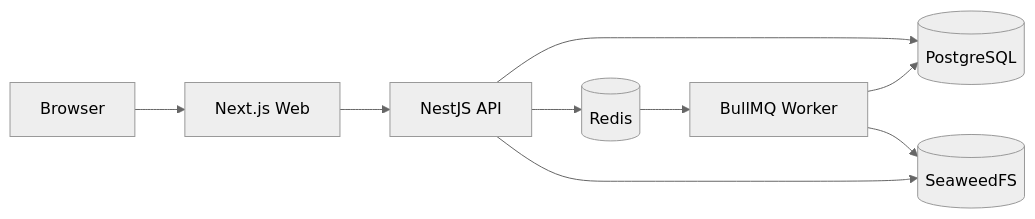
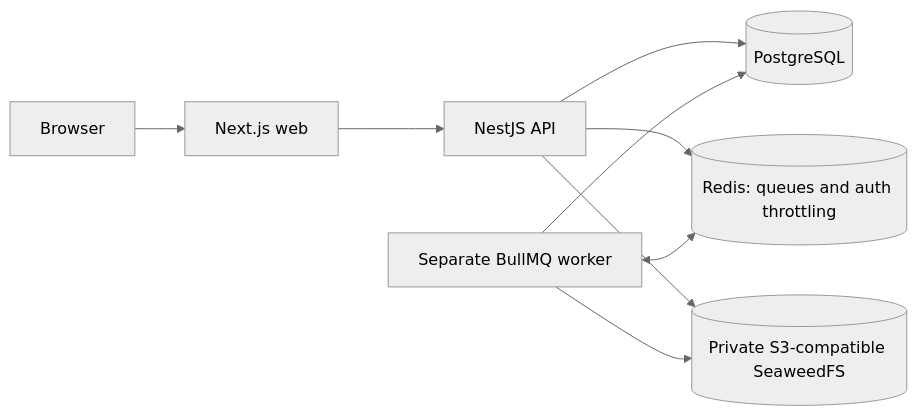
One commit to nirjal-byan/puffin-pal changed the diagram in README.md. Above: the diagram before and after it, drawn with Mermaid (neutral theme). The commit also changed other lines of this file and 11 other files, not shown here.

````diff
--- a/README.md
+++ b/README.md
@@ -20,11 +46,11 @@
 ```mermaid
 flowchart LR
-    User[Browser] --> Web[Next.js Web]
+    Browser[Browser] --> Web[Next.js web]
     Web --> API[NestJS API]
     API --> DB[(PostgreSQL)]
-    API --> Redis[(Redis)]
-    API --> Files[(SeaweedFS)]
-    Redis --> Worker[BullMQ Worker]
+    API --> Redis[(Redis: queues and auth throttling)]
+    API --> Files[(Private S3-compatible SeaweedFS)]
+    Worker[Separate BullMQ worker] <--> Redis
     Worker --> DB
     Worker --> Files
 ```
````
